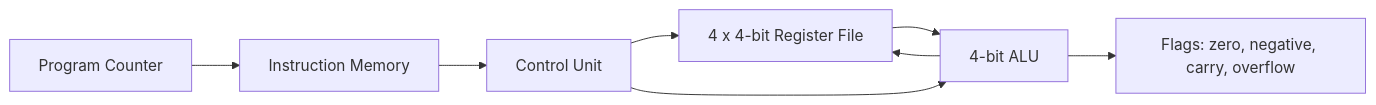
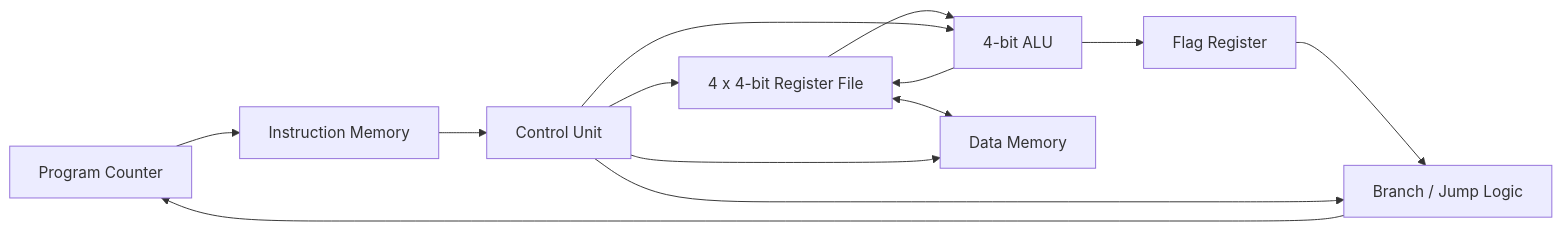
One commit to czhao-dev/hardware-software-interface changed the diagram in README.md. Above: the diagram before and after it, drawn with Mermaid. The commit also changed other lines of this file and 8 other files, not shown here.

Commit message:
Add branch/jump and load/store support, clean up dead code

````diff
--- a/README.md
+++ b/README.md
@@ -9,10 +9,15 @@
 ```mermaid
 flowchart LR
     PC["Program Counter"] --> IMEM["Instruction Memory"]
     IMEM --> CU["Control Unit"]
     CU --> RF["4 x 4-bit Register File"]
     RF --> ALU["4-bit ALU"]
     CU --> ALU
-    ALU --> FLAGS["Flags: zero, negative, carry, overflow"]
+    ALU --> FLAGS["Flag Register"]
     ALU --> RF
+    RF <--> DMEM["Data Memory"]
+    CU --> DMEM
+    FLAGS --> PCCTL["Branch / Jump Logic"]
+    CU --> PCCTL
+    PCCTL --> PC
 ```
````
